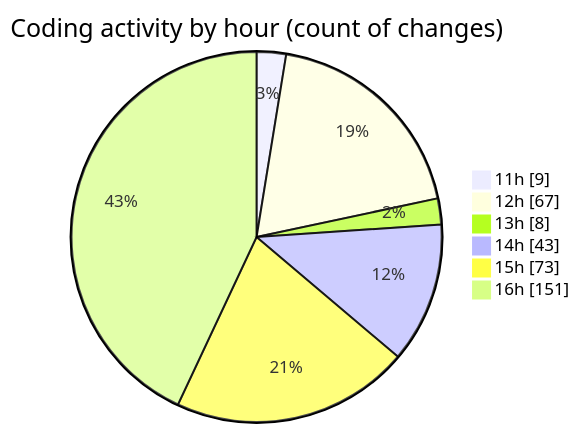
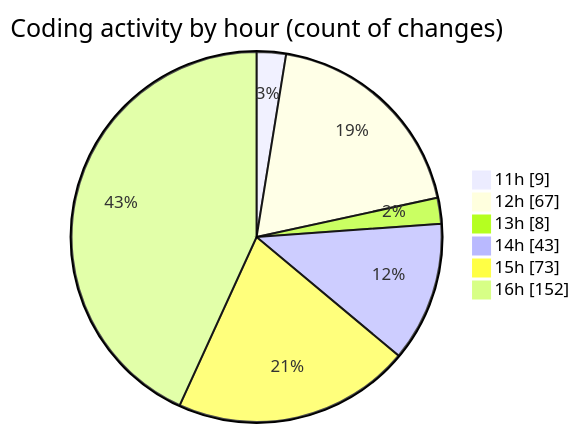
The second of 2 diagrams in 2026-08-23/nxtqube_webapp/README.md (nxtqubesakshisongat/code-tracking), drawn with Mermaid before and after one commit. The commit also changed other lines of this file and 1 other file, not shown here.

````diff
--- a/2026-08-23/nxtqube_webapp/README.md
+++ b/2026-08-23/nxtqube_webapp/README.md
@@ -128,10 +128,10 @@
 ```mermaid
 pie showData
 title Coding activity by hour (count of changes)
 "11h" : 9
 "12h" : 67
 "13h" : 8
 "14h" : 43
 "15h" : 73
-"16h" : 151
+"16h" : 152
 ```
````
